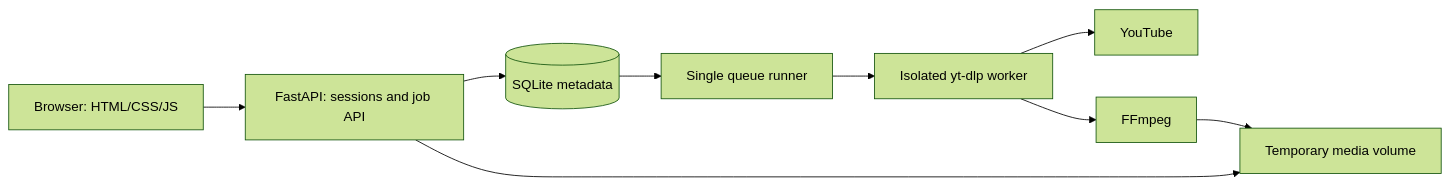
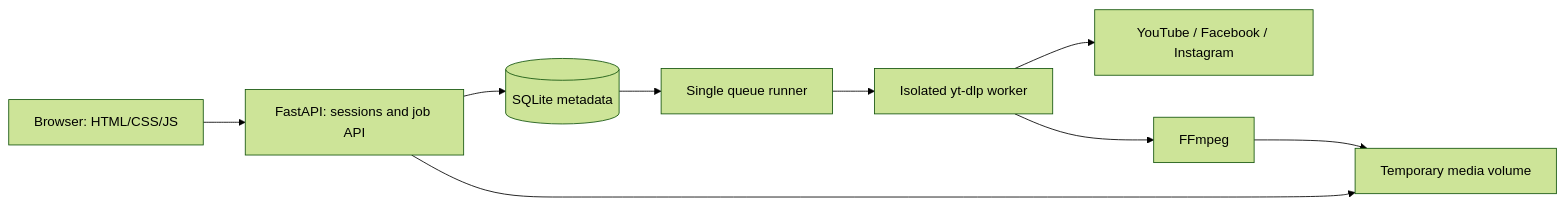
The diagram in docs/ARCHITECTURE.md (KasheK420/yt-downloader), drawn with Mermaid (forest theme) before and after one commit. The commit also changed other lines of this file and 36 other files, not shown here.

Commit message:
feat: add Facebook and Instagram video downloads (#13)

````diff
--- a/docs/ARCHITECTURE.md
+++ b/docs/ARCHITECTURE.md
@@ -3,11 +3,11 @@
 ```mermaid
 flowchart LR
   Browser[Browser: HTML/CSS/JS] --> API[FastAPI: sessions and job API]
   API --> DB[(SQLite metadata)]
   DB --> Runner[Single queue runner]
   Runner --> Child[Isolated yt-dlp worker]
-  Child --> YouTube[YouTube]
+  Child --> Sources[YouTube / Facebook / Instagram]
   Child --> FFmpeg[FFmpeg]
   FFmpeg --> Files[Temporary media volume]
   API --> Files
 ```
````
